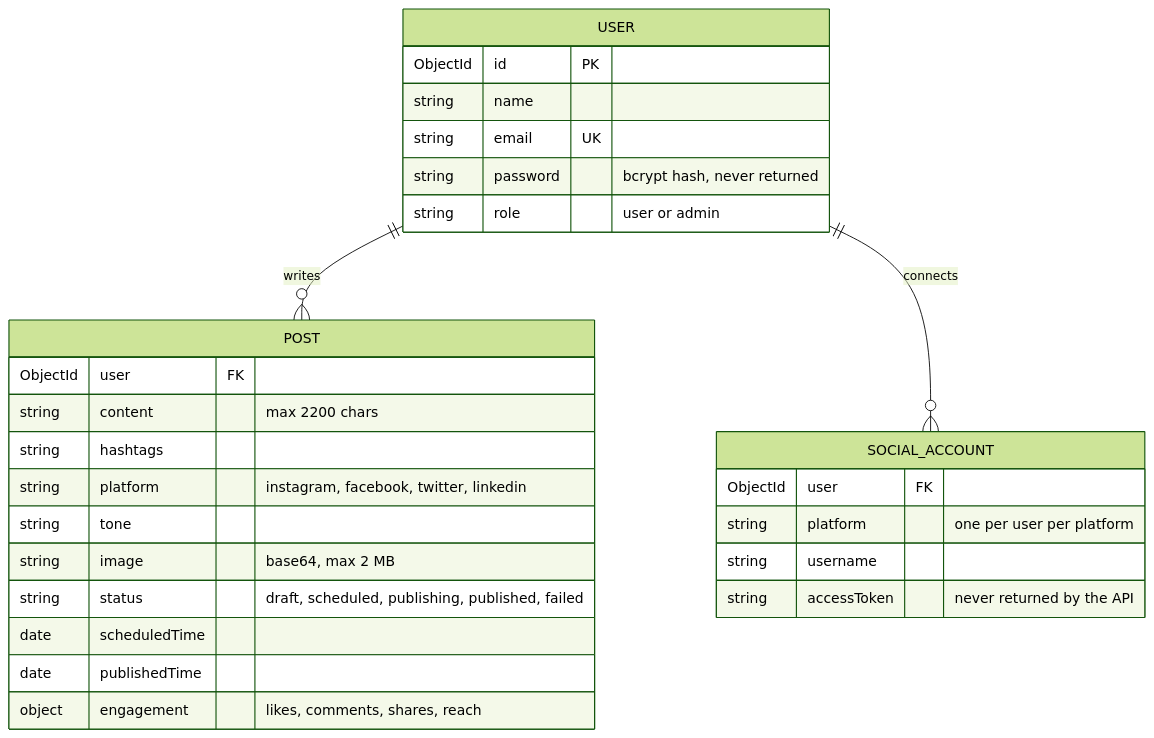
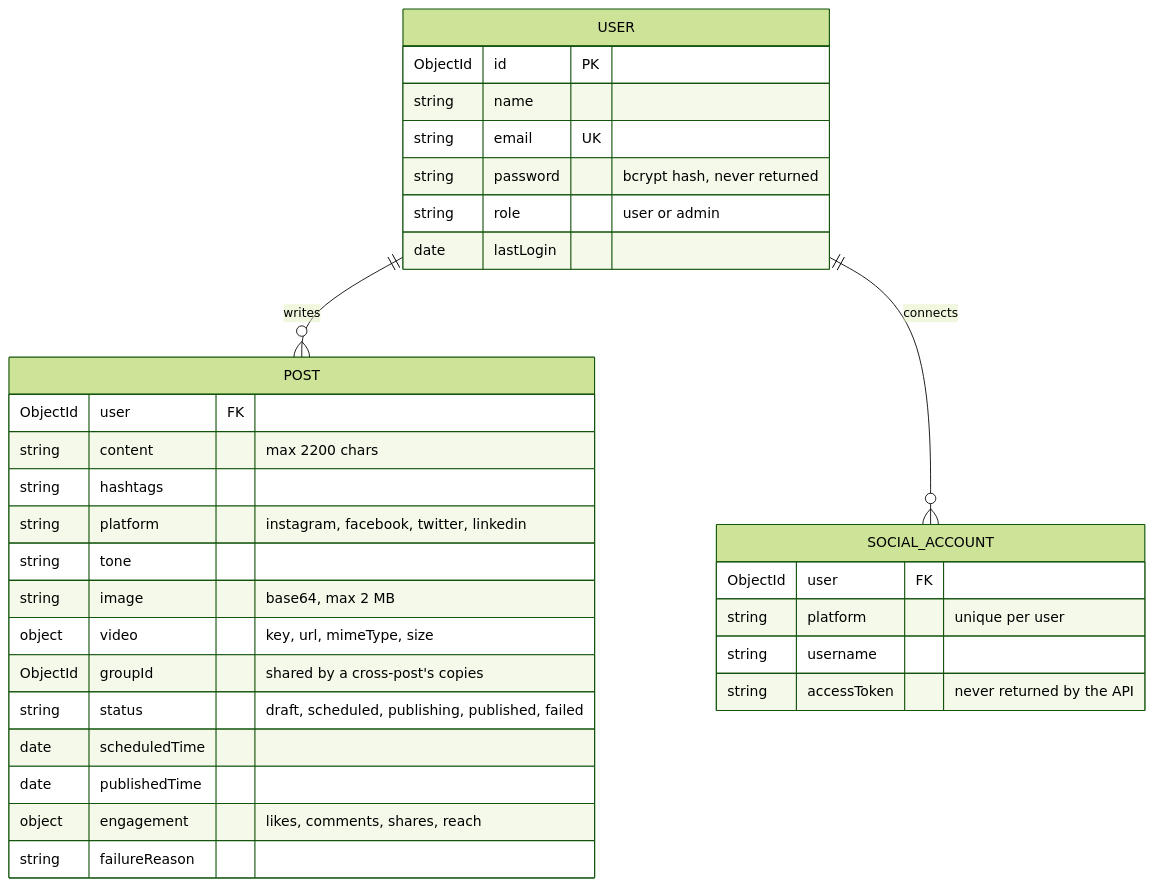
Diagram 11 of 12 in README.md (anurag-joshi-1403/Social_Sync_Webapp), drawn with Mermaid (forest theme) before and after one commit. The commit also changed other lines of this file, not shown here.

````diff
--- a/README.md
+++ b/README.md
@@ -249,31 +711,35 @@
 ```mermaid
 erDiagram
     USER ||--o{ POST : writes
     USER ||--o{ SOCIAL_ACCOUNT : connects
 
     USER {
         ObjectId id PK
         string name
         string email UK
         string password "bcrypt hash, never returned"
         string role "user or admin"
+        date lastLogin
     }
     POST {
         ObjectId user FK
         string content "max 2200 chars"
         string hashtags
         string platform "instagram, facebook, twitter, linkedin"
         string tone
         string image "base64, max 2 MB"
+        object video "key, url, mimeType, size"
+        ObjectId groupId "shared by a cross-post's copies"
         string status "draft, scheduled, publishing, published, failed"
         date scheduledTime
         date publishedTime
         object engagement "likes, comments, shares, reach"
+        string failureReason
     }
     SOCIAL_ACCOUNT {
         ObjectId user FK
-        string platform "one per user per platform"
+        string platform "unique per user"
         string username
         string accessToken "never returned by the API"
     }
 ```
````
